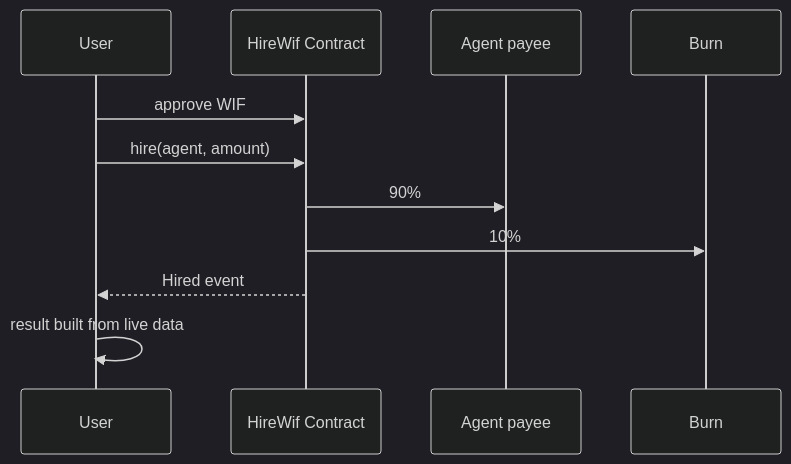
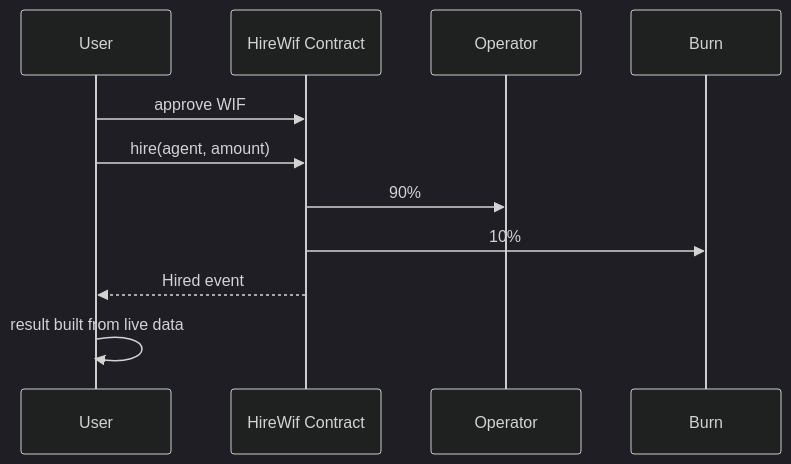
The diagram in README.md (thesithunyein/hirewif), drawn with Mermaid (dark theme) before and after one commit. The commit also changed other lines of this file and 14 other files, not shown here.

````diff
--- a/README.md
+++ b/README.md
@@ -49,14 +49,14 @@
 ```mermaid
 sequenceDiagram
     participant U as User
     participant C as HireWif Contract
-    participant P as Agent payee
+    participant O as Operator
     participant B as Burn
 
     U->>C: approve WIF
     U->>C: hire(agent, amount)
-    C->>P: 90%
+    C->>O: 90%
     C->>B: 10%
     C-->>U: Hired event
     U->>U: result built from live data
 ```
````
